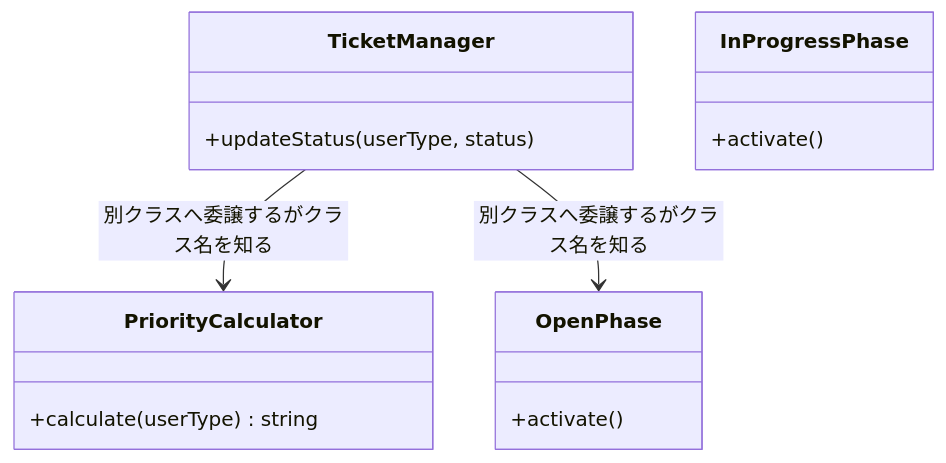
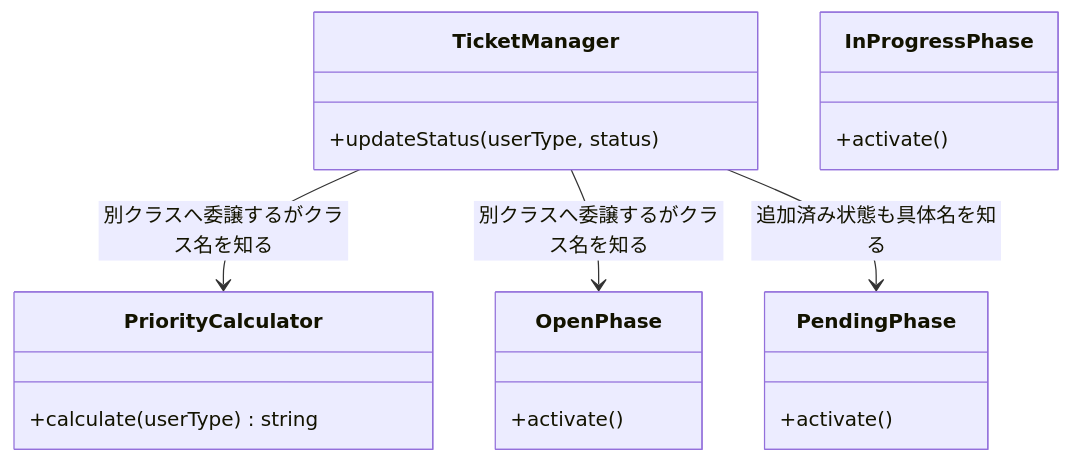
Before and after one commit to kumachan1101-pixel/DesignPattern: the eighth of 16 diagrams in kindle/design-patterns/output/chapter09_2.md, drawn with Mermaid. The commit also changed other lines of this file and 15 other files, not shown here.

````diff
--- a/kindle/design-patterns/output/chapter09_2.md
+++ b/kindle/design-patterns/output/chapter09_2.md
@@ -890,17 +892,21 @@
 ```mermaid
 classDiagram
     class TicketManager {
         +updateStatus(userType, status)
     }
     class PriorityCalculator {
         +calculate(userType) string
     }
     class OpenPhase {
         +activate()
     }
     class InProgressPhase {
         +activate()
     }
+    class PendingPhase {
+        +activate()
+    }
     TicketManager --> PriorityCalculator : 別クラスへ委譲するがクラス名を知る
     TicketManager --> OpenPhase : 別クラスへ委譲するがクラス名を知る
+    TicketManager --> PendingPhase : 追加済み状態も具体名を知る
 ```
````
